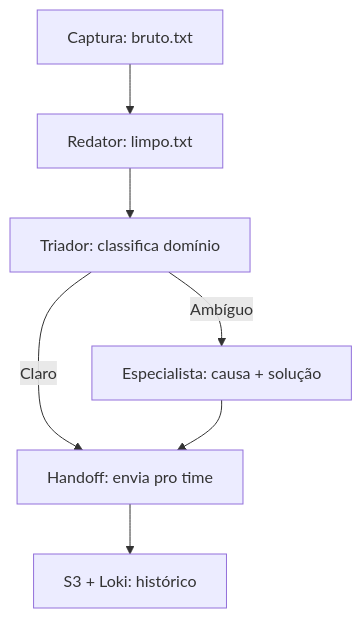
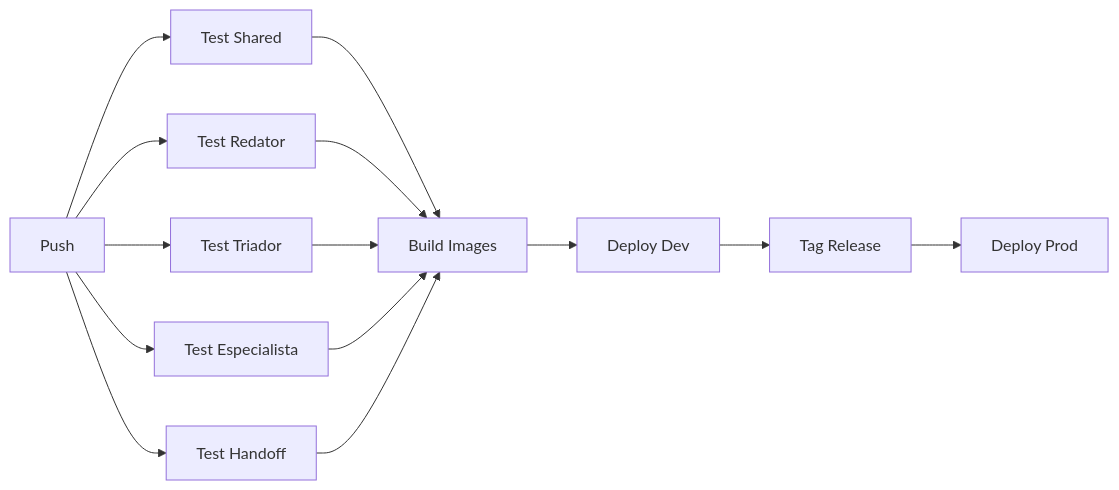
Before and after one commit to iamcflb/incident-pipeline: the diagram in README.md, drawn with Mermaid. The commit also changed other lines of this file, not shown here.

````diff
--- a/README.md
+++ b/README.md
@@ -16,9 +333,12 @@
 ```mermaid
-flowchart TD
-    A[Captura: bruto.txt] --> B[Redator: limpo.txt]
-    B --> C[Triador: classifica domínio]
-    C -->|Ambíguo| D[Especialista: causa + solução]
-    C -->|Claro| E[Handoff: envia pro time]
-    D --> E
-    E --> F[S3 + Loki: histórico]
+graph LR
+    A[Push] --> B[Test Shared]
+    A --> C[Test Redator]
+    A --> D[Test Triador]
+    A --> E[Test Especialista]
+    A --> F[Test Handoff]
+    B & C & D & E & F --> G[Build Images]
+    G --> H[Deploy Dev]
+    H --> I[Tag Release]
+    I --> J[Deploy Prod]
 ```
````
